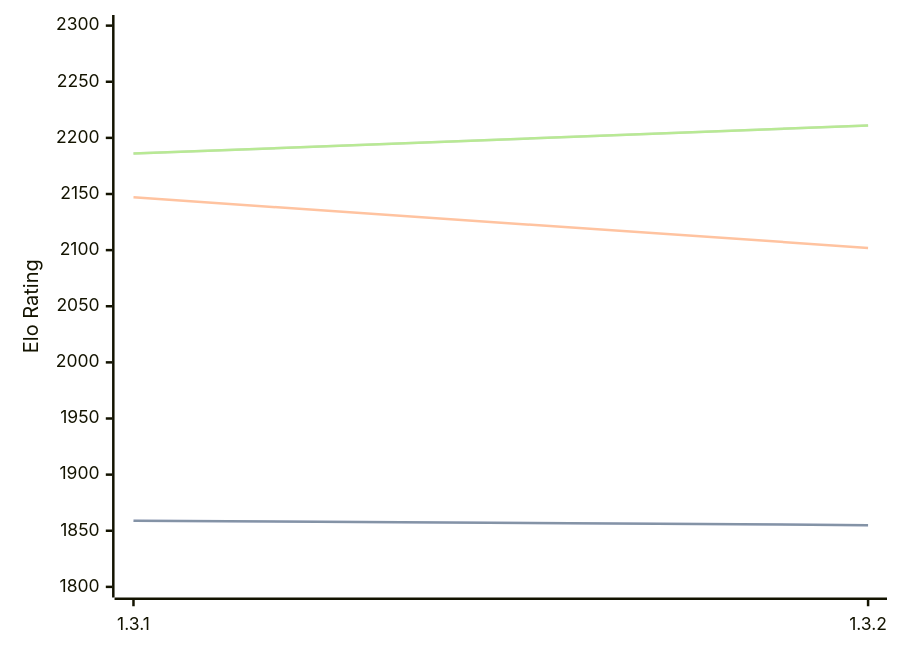
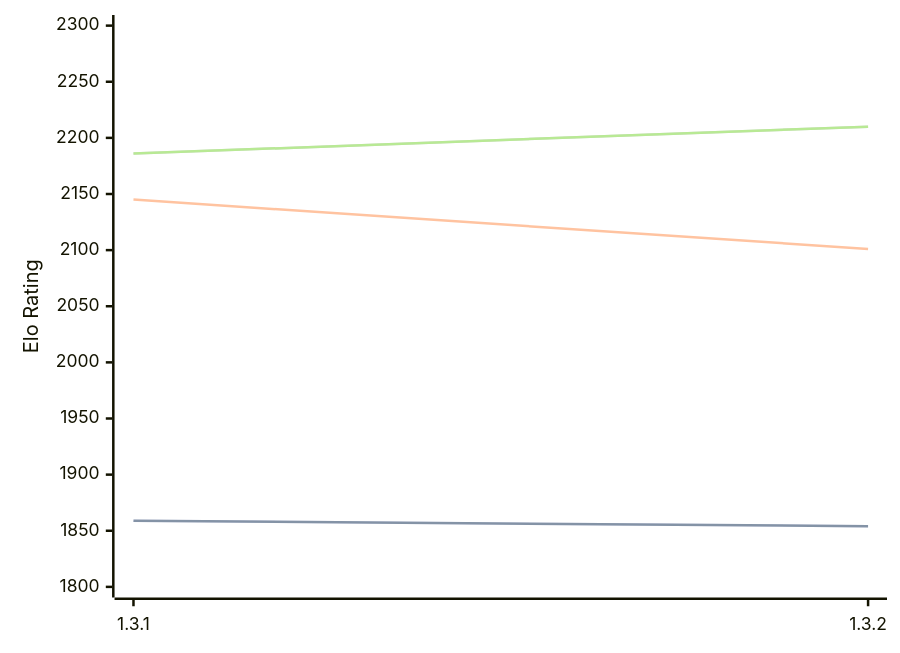
One commit to computer-chess-index/cci changed the diagram in engines/Zugblitz.md. Above: the diagram before and after it, drawn with Mermaid. The commit also changed other lines of this file, not shown here.

Commit message:
Update CCI Ratings (ELO VLTC) - 2026-09-11

````diff
--- a/engines/Zugblitz.md
+++ b/engines/Zugblitz.md
@@ -32,11 +32,11 @@
 ```mermaid
 %%{init: {"theme":"base","themeVariables":{"seriesColors:['#a3a3a3','#222221','#faa371']}}}%%
 xychart-beta
   x-axis ["1.3.1", "1.3.2"]
   y-axis "Elo Rating" 1800 --> 2300
-  line "" [1859, 1855]
-  line "STC (8.0+0.08s)" [1859, 1855]
-  line "LTC (60.0+0.60s)" [2147, 2102]
-  line "" [2186, 2211]
-  line "VLTC (2m24s+1.12s)" [2186, 2211]
+  line "" [1859, 1854]
+  line "STC (8.0+0.08s)" [1859, 1854]
+  line "LTC (60.0+0.60s)" [2145, 2101]
+  line "" [2186, 2210]
+  line "VLTC (2m24s+1.12s)" [2186, 2210]
 ```
````
